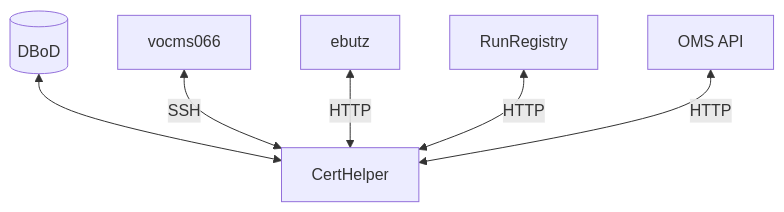
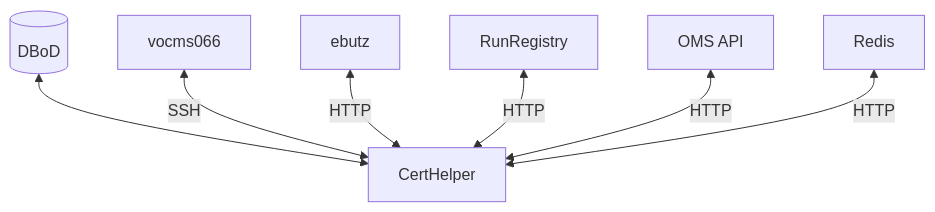
The diagram in docs/certhelper/connectivity.md (CMSTrackerDPG/cms-tkdpg-software-knowledge-transfer), drawn with Mermaid before and after one commit. The commit also changed other lines of this file and 2 other files, not shown here.

Commit message:
Adding info on local developemnt of certhelper

````diff
--- a/docs/certhelper/connectivity.md
+++ b/docs/certhelper/connectivity.md
@@ -6,9 +6,10 @@
 ```mermaid
 flowchart
 	db[(DBoD)] <--> ch[CertHelper]
 	vocms[vocms066] <-- SSH --> ch
 	ebutz[ebutz] <-- HTTP --> ch
 	rr[RunRegistry] <-- HTTP --> ch
 	oms[OMS API] <-- HTTP --> ch
+	redis[Redis] <-- HTTP --> ch
 
 ```
````
